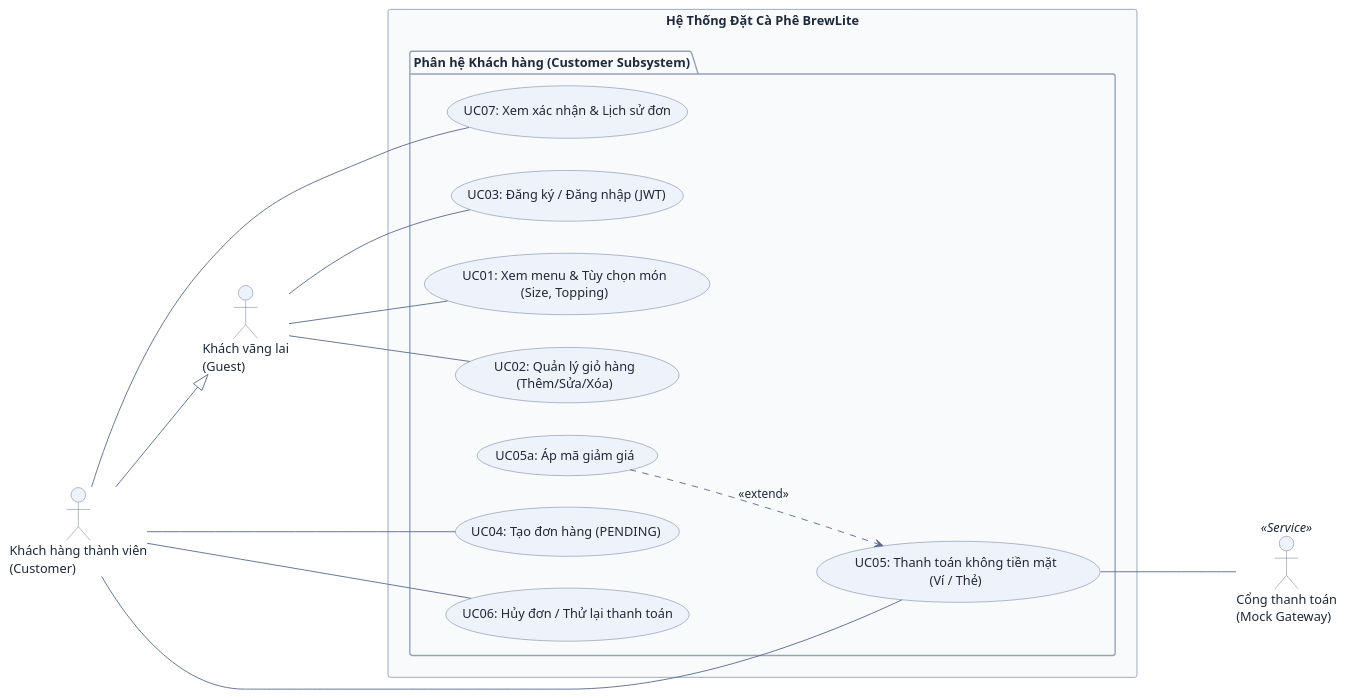
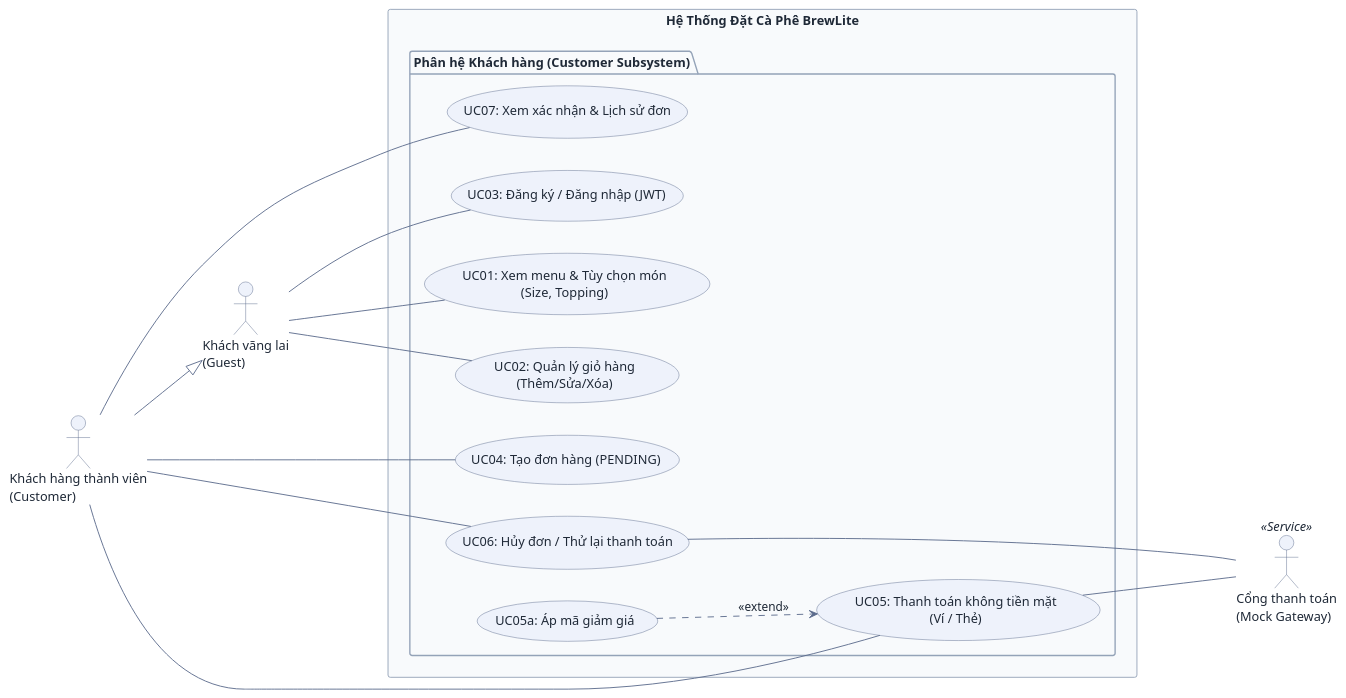
Before and after one commit to DuVinhLoi/BrewLite: the diagram in docs/use-case-specifications.md, drawn with PlantUML. The commit also changed other lines of this file and 1 other file, not shown here.

````diff
--- a/docs/use-case-specifications.md
+++ b/docs/use-case-specifications.md
@@ -30,67 +30,68 @@
 ```plantuml
 @startuml
 skinparam DefaultFontColor #1f2937
 skinparam ArrowColor #5b6b8c
 skinparam ArrowFontColor #1f2937
 skinparam PackageBackgroundColor #f8fafc
 skinparam PackageBorderColor #94a3b8
 skinparam ActorBackgroundColor #eef2fb
 skinparam ActorBorderColor #5b6b8c
 skinparam UsecaseBackgroundColor #eef2fb
 skinparam UsecaseBorderColor #5b6b8c
 
 left to right direction
 
 ' ==========================================
 ' 1. TÁC NHÂN CHÍNH (PRIMARY ACTORS - BÊN TRÁI)
 ' ==========================================
 actor "Khách vãng lai\n(Guest)" as Guest
 actor "Khách hàng thành viên\n(Customer)" as Customer
 
 ' Customer kế thừa toàn bộ quyền của Guest
 Customer --|> Guest
 
 ' ==========================================
 ' 2. BIÊN GIỚI HỆ THỐNG BREWLITE
 ' ==========================================
 rectangle "Hệ Thống Đặt Cà Phê BrewLite" {
   package "Phân hệ Khách hàng (Customer Subsystem)" {
     usecase "UC01: Xem menu & Tùy chọn món\n(Size, Topping)" as UC01
     usecase "UC02: Quản lý giỏ hàng\n(Thêm/Sửa/Xóa)" as UC02
     usecase "UC03: Đăng ký / Đăng nhập (JWT)" as UC03
     usecase "UC04: Tạo đơn hàng (PENDING)" as UC04
     usecase "UC05: Thanh toán không tiền mặt\n(Ví / Thẻ)" as UC05
     usecase "UC05a: Áp mã giảm giá" as UC05a
     usecase "UC06: Hủy đơn / Thử lại thanh toán" as UC06
     usecase "UC07: Xem xác nhận & Lịch sử đơn" as UC07
   }
 }
 
 ' ==========================================
 ' 3. TÁC NHÂN DỊCH VỤ (SECONDARY ACTOR - BÊN PHẢI)
 ' ==========================================
 actor "Cổng thanh toán\n(Mock Gateway)" as Gateway <<Service>>
 
 ' ==========================================
 ' 4. ĐƯỜNG NỐI LIÊN KẾT (ASSOCIATIONS)
 ' ==========================================
 
 ' --- KHÁCH VÃNG LAI (GUEST) ---
 Guest --- UC01
 Guest --- UC02
 Guest --- UC03
 
 ' --- KHÁCH HÀNG THÀNH VIÊN (CUSTOMER) ---
 Customer --- UC04
 Customer --- UC05
 Customer --- UC06
 Customer --- UC07
 
 ' --- QUAN HỆ MỞ RỘNG (EXTEND) ---
 UC05a ..> UC05 : <<extend>>
 
 ' --- KẾT NỐI CỔNG THANH TOÁN (GATEWAY) ---
 UC05 --- Gateway
+UC06 --- Gateway
 
 @enduml
 ```
````
